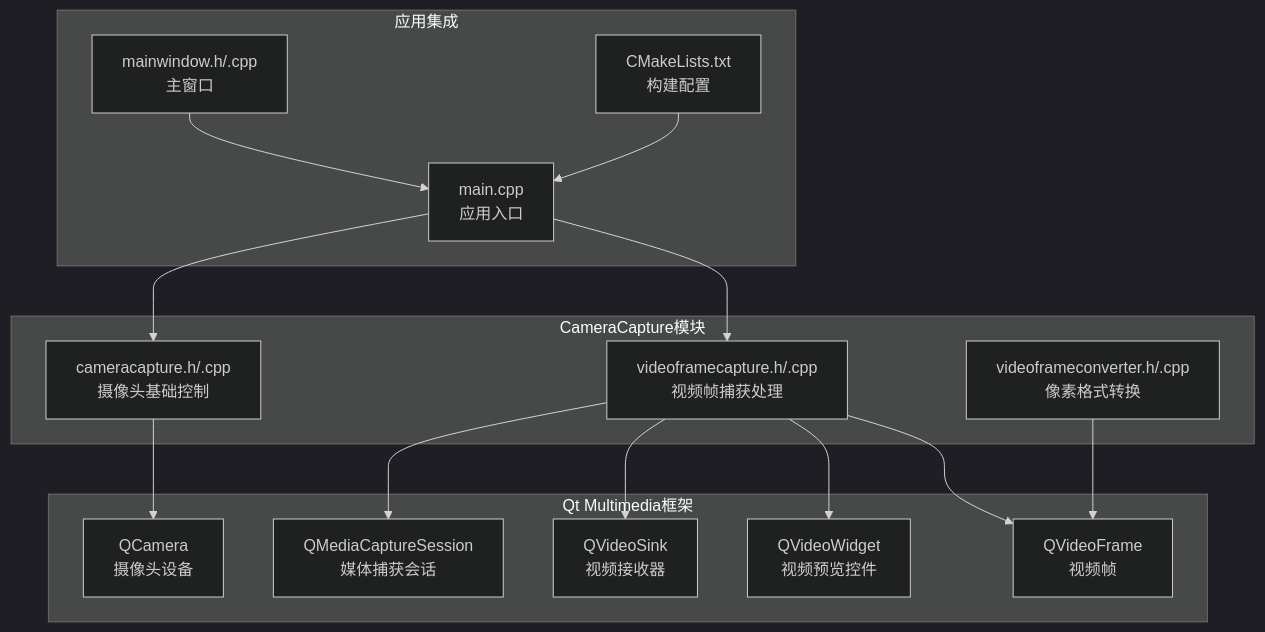
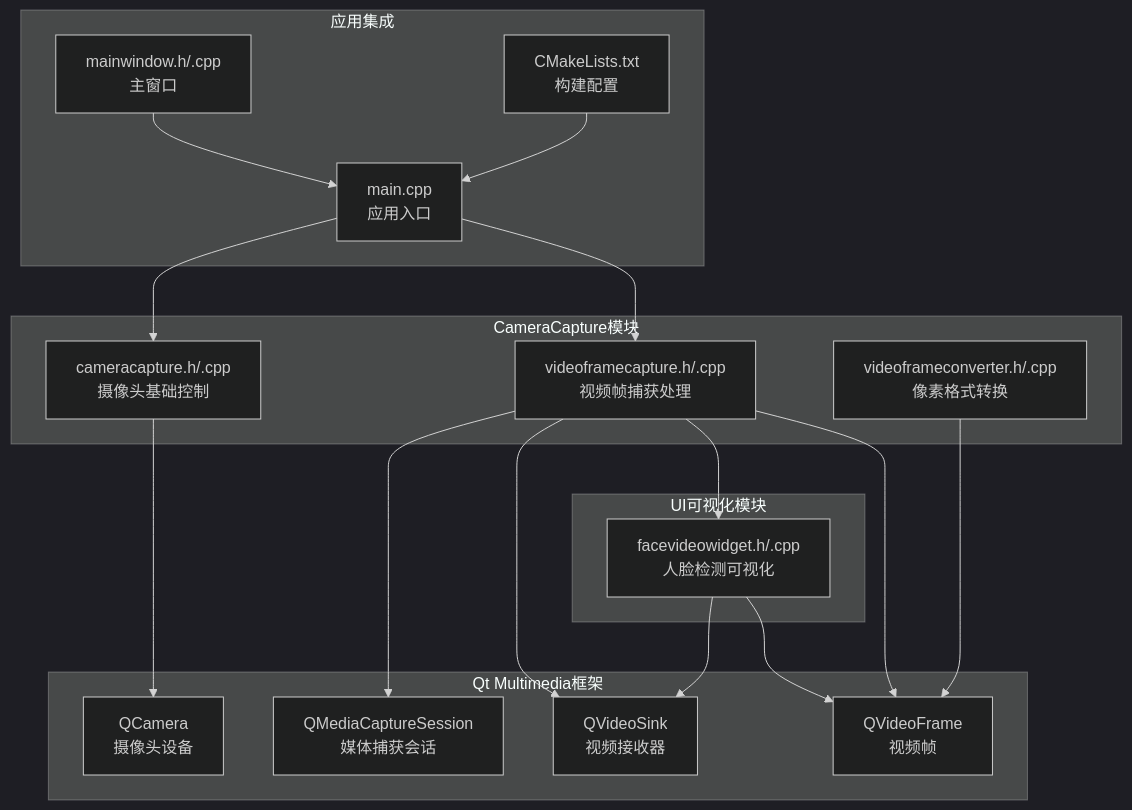
Before and after one commit to HeQiTZD/Triple-terminal-Attendance-Punching-System: the first of 11 diagrams in .qoder/repowiki/zh/content/核心模块/摄像头采集模块/摄像头采集模块.md, drawn with Mermaid (dark theme). The commit also changed other lines of this file and 44 other files, not shown here.

````diff
--- a/.qoder/repowiki/zh/content/核心模块/摄像头采集模块/摄像头采集模块.md
+++ b/.qoder/repowiki/zh/content/核心模块/摄像头采集模块/摄像头采集模块.md
@@ -39,30 +50,34 @@
 ```mermaid
 graph TB
 subgraph "CameraCapture模块"
 CC[cameracapture.h/.cpp<br/>摄像头基础控制]
 VFC[videoframecapture.h/.cpp<br/>视频帧捕获处理]
 VFCV[videoframeconverter.h/.cpp<br/>像素格式转换]
 end
+subgraph "UI可视化模块"
+FVW[facevideowidget.h/.cpp<br/>人脸检测可视化]
+end
 subgraph "Qt Multimedia框架"
 QCamera[QCamera<br/>摄像头设备]
 QMediaCaptureSession[QMediaCaptureSession<br/>媒体捕获会话]
 QVideoSink[QVideoSink<br/>视频接收器]
-QVideoWidget[QVideoWidget<br/>视频预览控件]
 QVideoFrame[QVideoFrame<br/>视频帧]
 end
 subgraph "应用集成"
 Main[main.cpp<br/>应用入口]
 MW[mainwindow.h/.cpp<br/>主窗口]
 CMake[CMakeLists.txt<br/>构建配置]
 end
 CC --> QCamera
 VFC --> QMediaCaptureSession
 VFC --> QVideoSink
-VFC --> QVideoWidget
+VFC --> FVW
 VFC --> QVideoFrame
 VFCV --> QVideoFrame
+FVW --> QVideoSink
+FVW --> QVideoFrame
 Main --> CC
 Main --> VFC
 MW --> Main
 CMake --> Main
 ```
````
